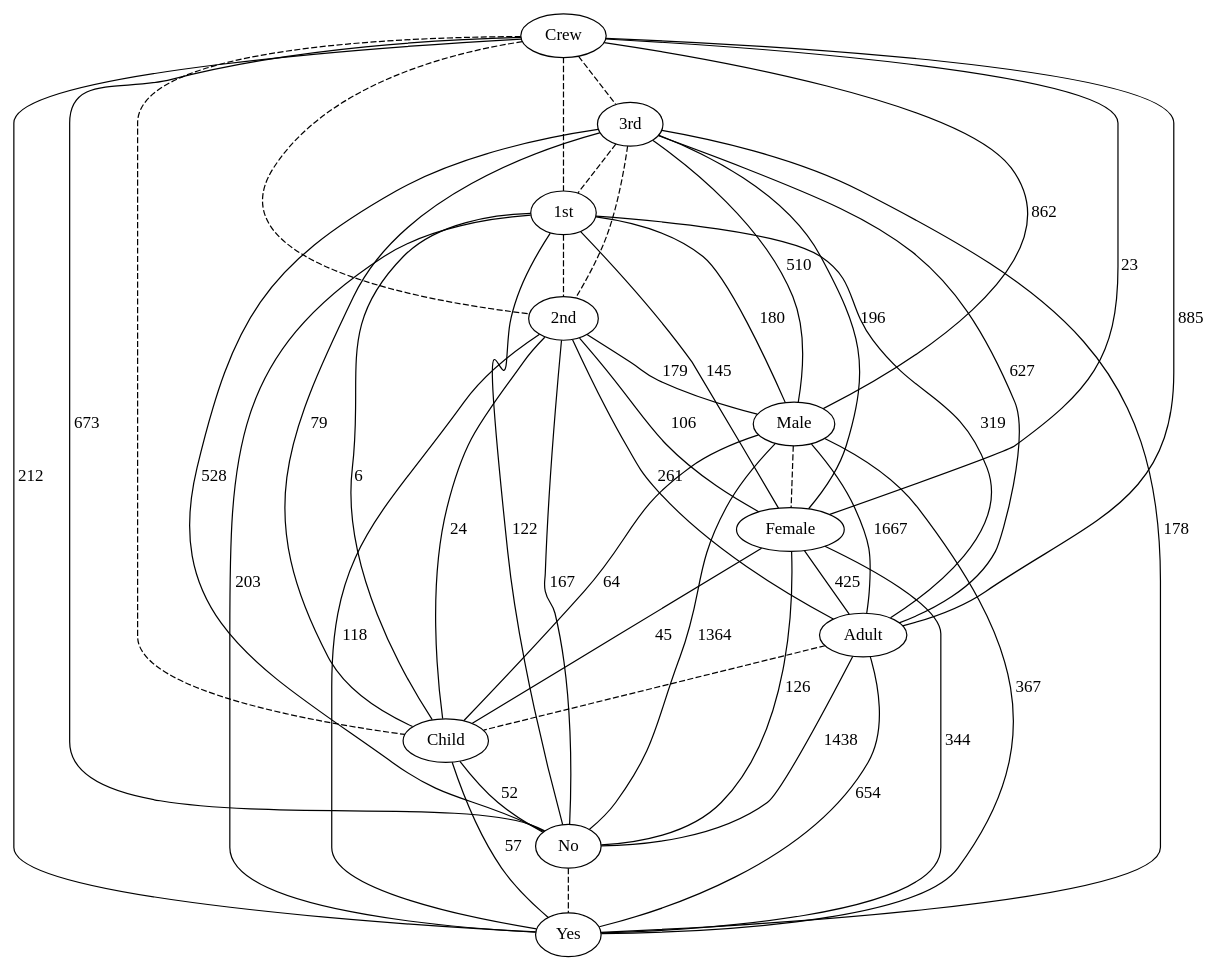
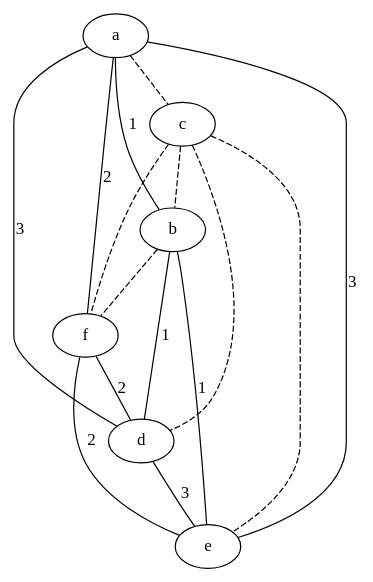
Before and after one commit to lrodrin/TFG: the diagram in src/final/plainGraph.dot, drawn with Graphviz. The commit also changed 3 other files, not shown here.

```diff
--- a/src/final/plainGraph.dot
+++ b/src/final/plainGraph.dot
@@ -1,57 +1,23 @@
 strict graph "" {
-Crew;
-"3rd";
-"1st";
-"2nd";
-Male;
-Female;
-Adult;
-Child;
-No;
-Yes;
-Crew -- "3rd"  [color=black, style=dashed];
-Crew -- "1st"  [color=black, style=dashed];
-Crew -- "2nd"  [color=black, style=dashed];
-Crew -- Male  [color=black, label=862, style=solid];
-Crew -- Female  [color=black, label=23, style=solid];
-Crew -- Adult  [color=black, label=885, style=solid];
-Crew -- Child  [color=black, style=dashed];
-Crew -- No  [color=black, label=673, style=solid];
-Crew -- Yes  [color=black, label=212, style=solid];
-"3rd" -- "1st"  [color=black, style=dashed];
-"3rd" -- "2nd"  [color=black, style=dashed];
-"3rd" -- Male  [color=black, label=510, style=solid];
-"3rd" -- Female  [color=black, label=196, style=solid];
-"3rd" -- Adult  [color=black, label=627, style=solid];
-"3rd" -- Child  [color=black, label=79, style=solid];
-"3rd" -- No  [color=black, label=528, style=solid];
-"3rd" -- Yes  [color=black, label=178, style=solid];
-"1st" -- "2nd"  [color=black, style=dashed];
-"1st" -- Male  [color=black, label=180, style=solid];
-"1st" -- Female  [color=black, label=145, style=solid];
-"1st" -- Adult  [color=black, label=319, style=solid];
-"1st" -- Child  [color=black, label=6, style=solid];
-"1st" -- No  [color=black, label=122, style=solid];
-"1st" -- Yes  [color=black, label=203, style=solid];
-"2nd" -- Male  [color=black, label=179, style=solid];
-"2nd" -- Female  [color=black, label=106, style=solid];
-"2nd" -- Adult  [color=black, label=261, style=solid];
-"2nd" -- Child  [color=black, label=24, style=solid];
-"2nd" -- No  [color=black, label=167, style=solid];
-"2nd" -- Yes  [color=black, label=118, style=solid];
-Male -- Female  [color=black, style=dashed];
-Male -- Adult  [color=black, label=1667, style=solid];
-Male -- Child  [color=black, label=64, style=solid];
-Male -- No  [color=black, label=1364, style=solid];
-Male -- Yes  [color=black, label=367, style=solid];
-Female -- Adult  [color=black, label=425, style=solid];
-Female -- Child  [color=black, label=45, style=solid];
-Female -- No  [color=black, label=126, style=solid];
-Female -- Yes  [color=black, label=344, style=solid];
-Adult -- Child  [color=black, style=dashed];
-Adult -- No  [color=black, label=1438, style=solid];
-Adult -- Yes  [color=black, label=654, style=solid];
-Child -- No  [color=black, label=52, style=solid];
-Child -- Yes  [color=black, label=57, style=solid];
-No -- Yes  [color=black, style=dashed];
+a;
+c;
+b;
+f;
+d;
+e;
+a -- c  [color=black, style=dashed];
+a -- b  [color=black, label=1, style=solid];
+a -- f  [color=black, label=2, style=solid];
+a -- d  [color=black, label=3, style=solid];
+a -- e  [color=black, label=3, style=solid];
+c -- b  [color=black, style=dashed];
+c -- f  [color=black, style=dashed];
+c -- d  [color=black, style=dashed];
+c -- e  [color=black, style=dashed];
+b -- f  [color=black, style=dashed];
+b -- d  [color=black, label=1, style=solid];
+b -- e  [color=black, label=1, style=solid];
+f -- d  [color=black, label=2, style=solid];
+f -- e  [color=black, label=2, style=solid];
+d -- e  [color=black, label=3, style=solid];
 }
```
